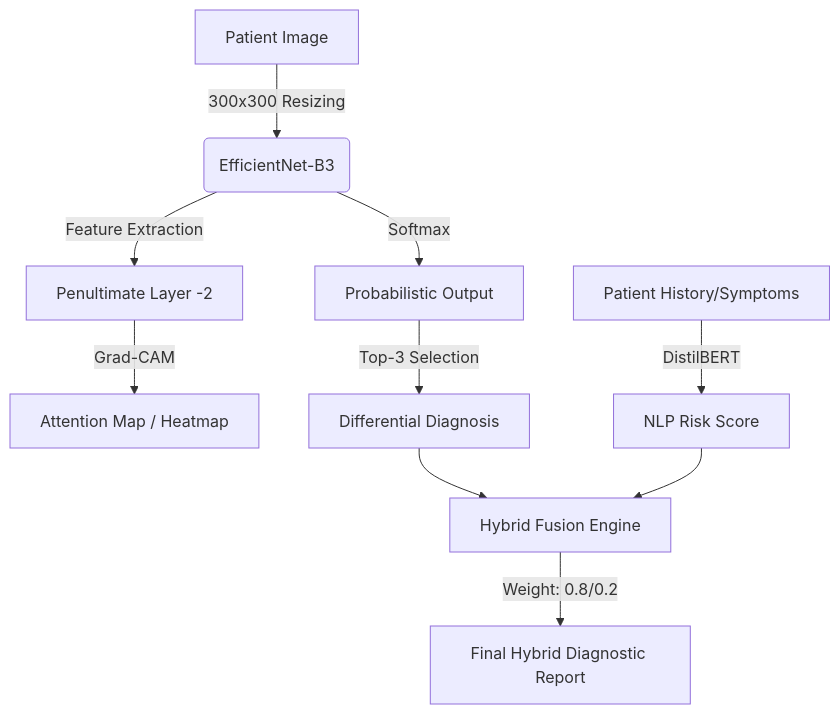
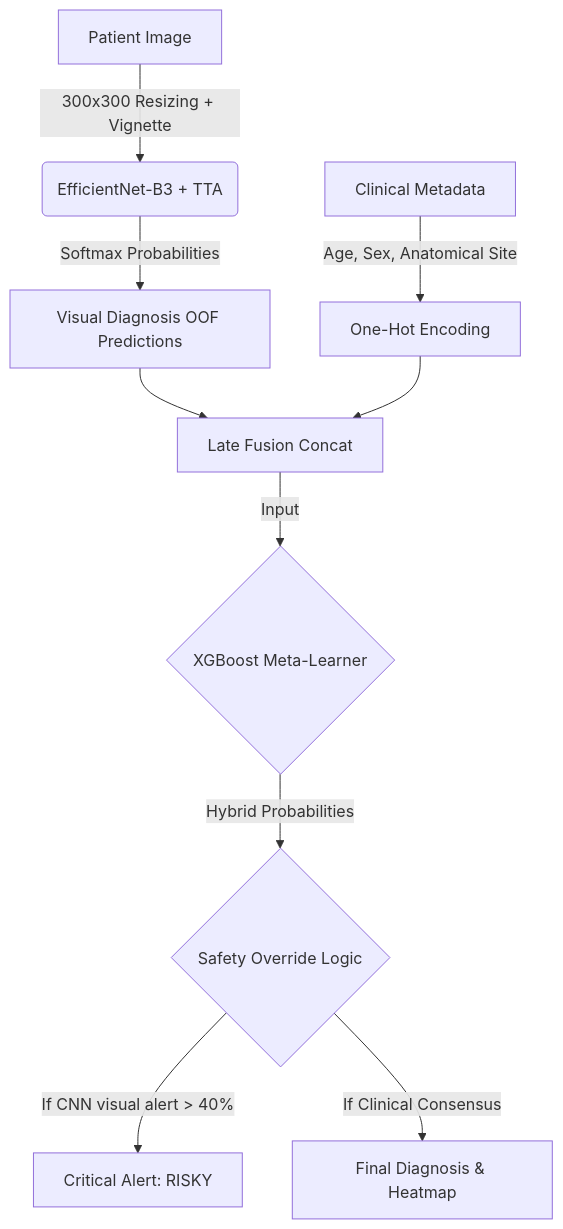
Before and after one commit to fferhatakr/dermai-vision: the diagram in README.md, drawn with Mermaid. The commit also changed other lines of this file and 27 other files, not shown here.

First line of the commit message:
Release v5.0.0: Multimodal Meta-Learner & Clinical Safety Update

````diff
--- a/README.md
+++ b/README.md
@@ -32,12 +31,12 @@
 ```mermaid
 graph TD
-    A[Patient Image] -->|300x300 Resizing| B(EfficientNet-B3)
-    B -->|Feature Extraction| C[Penultimate Layer -2]
-    C -->|Grad-CAM| D[Attention Map / Heatmap]
-    B -->|Softmax| E[Probabilistic Output]
-    E -->|Top-3 Selection| F[Differential Diagnosis]
-    G[Patient History/Symptoms] -->|DistilBERT| H[NLP Risk Score]
-    F --> I[Hybrid Fusion Engine]
-    H --> I
-    I -->|Weight: 0.8/0.2| J[Final Hybrid Diagnostic Report]
+    A[Patient Image] -->|300x300 Resizing + Vignette| B(EfficientNet-B3 + TTA)
+    B -->|Softmax Probabilities| C[Visual Diagnosis OOF Predictions]
+    D[Clinical Metadata] -->|Age, Sex, Anatomical Site| E[One-Hot Encoding]
+    C --> F[Late Fusion Concat]
+    E --> F
+    F -->|Input| G{XGBoost Meta-Learner}
+    G -->|Hybrid Probabilities| H{Safety Override Logic}
+    H -->|If CNN visual alert > 40%| I[Critical Alert: RISKY]
+    H -->|If Clinical Consensus| J[Final Diagnosis & Heatmap]
 ```
````
